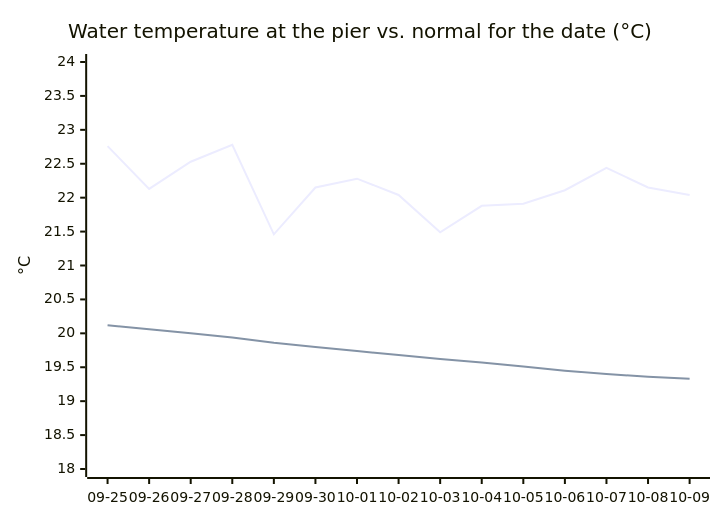
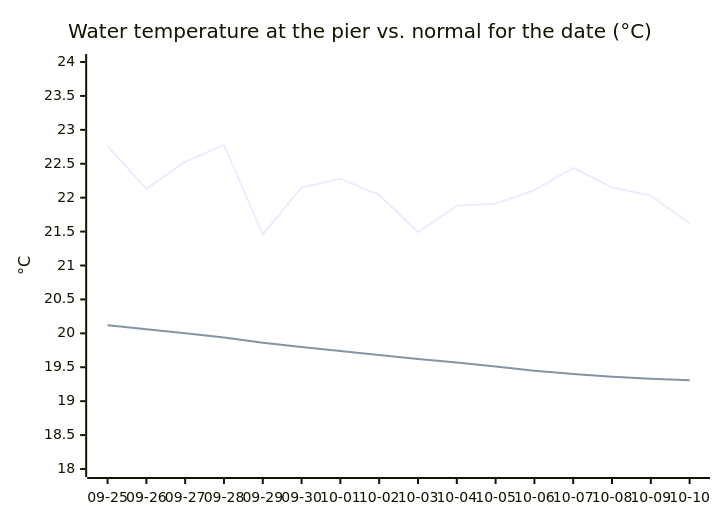
The third of 3 diagrams in README.md (joshuafrommeyer-35/PierTracker), drawn with Mermaid before and after one commit. The commit also changed other lines of this file and 5 other files, not shown here.

````diff
--- a/README.md
+++ b/README.md
@@ -160,8 +160,8 @@
 ```mermaid
 xychart-beta
     title "Water temperature at the pier vs. normal for the date (°C)"
-    x-axis ["09-25", "09-26", "09-27", "09-28", "09-29", "09-30", "10-01", "10-02", "10-03", "10-04", "10-05", "10-06", "10-07", "10-08", "10-09"]
+    x-axis ["09-25", "09-26", "09-27", "09-28", "09-29", "09-30", "10-01", "10-02", "10-03", "10-04", "10-05", "10-06", "10-07", "10-08", "10-09", "10-10"]
     y-axis "°C" 18 --> 24
-    line [22.76, 22.13, 22.53, 22.78, 21.46, 22.15, 22.28, 22.04, 21.49, 21.88, 21.91, 22.11, 22.44, 22.15, 22.04]
-    line [20.12, 20.06, 20.0, 19.94, 19.86, 19.8, 19.74, 19.68, 19.62, 19.57, 19.51, 19.45, 19.4, 19.36, 19.33]
+    line [22.76, 22.13, 22.53, 22.78, 21.46, 22.15, 22.28, 22.04, 21.49, 21.88, 21.91, 22.11, 22.44, 22.15, 22.03, 21.62]
+    line [20.12, 20.06, 20.0, 19.94, 19.86, 19.8, 19.74, 19.68, 19.62, 19.57, 19.51, 19.45, 19.4, 19.36, 19.33, 19.31]
 ```
````
